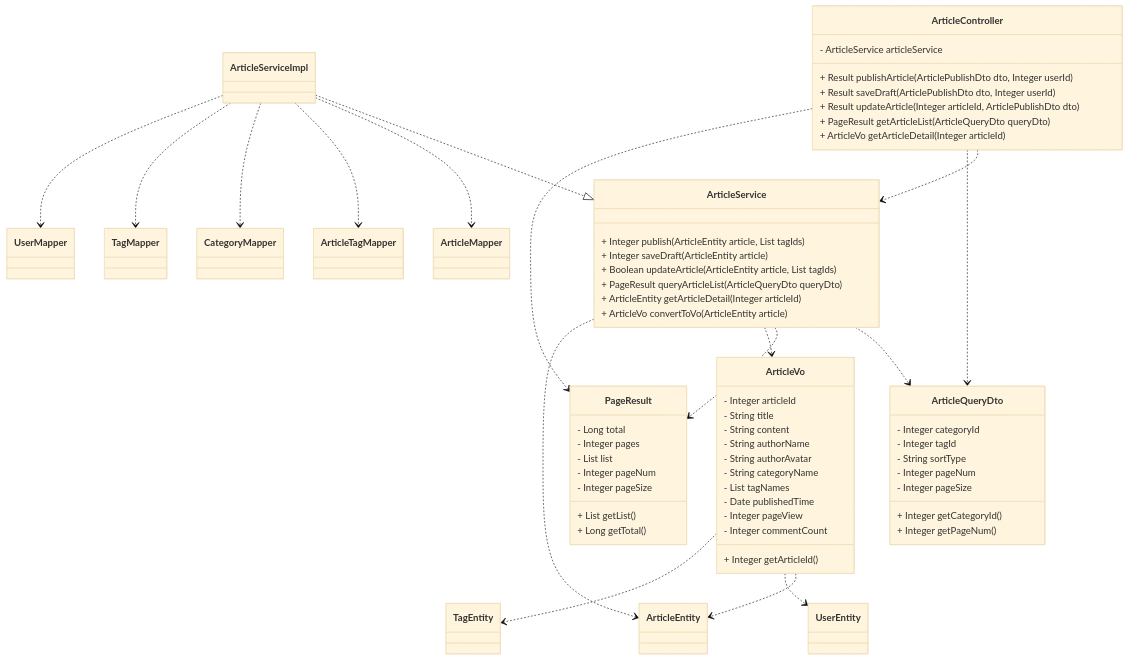
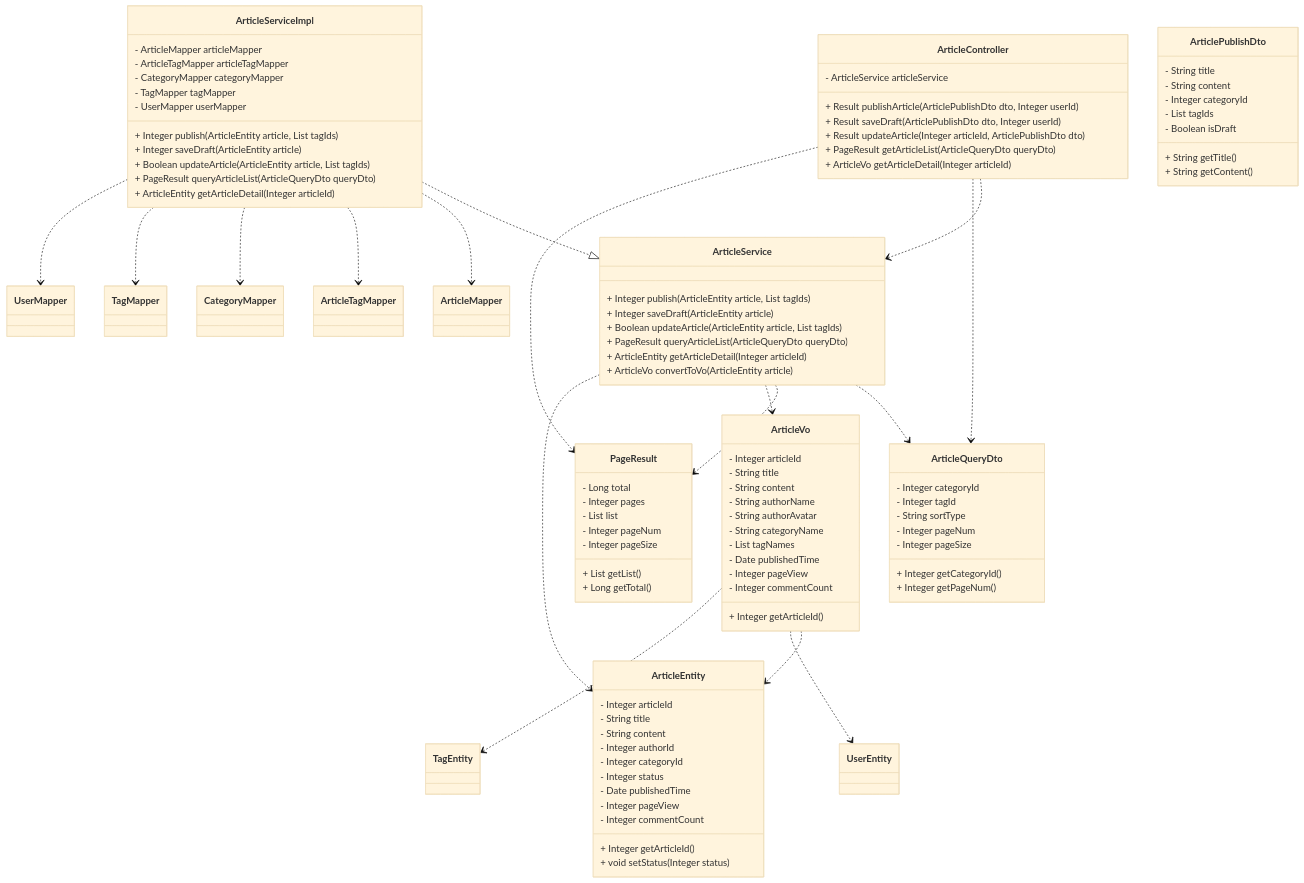
One commit to DEbalanceUX/iodraw-files changed the diagram in all/未命名-1.md. Above: the diagram before and after it, drawn with Mermaid (base theme).

Commit message:
2025-12-11 11:34:47 update

````diff
--- a/all/未命名-1.md
+++ b/all/未命名-1.md
@@ -72,6 +72,44 @@
         + ArticleEntity getArticleDetail(Integer articleId)
         + ArticleVo convertToVo(ArticleEntity article)
     }
+    %% 服务实现类（整合所有文章相关业务实现）
+    class ArticleServiceImpl {
+        - ArticleMapper articleMapper
+        - ArticleTagMapper articleTagMapper
+        - CategoryMapper categoryMapper
+        - TagMapper tagMapper
+        - UserMapper userMapper
+        + Integer publish(ArticleEntity article, List<Integer> tagIds)
+        + Integer saveDraft(ArticleEntity article)
+        + Boolean updateArticle(ArticleEntity article, List<Integer> tagIds)
+        + PageResult<ArticleEntity> queryArticleList(ArticleQueryDto queryDto)
+        + ArticleEntity getArticleDetail(Integer articleId)
+    }
+
+    %% 基础依赖类/接口（补充完整性）
+    class ArticleEntity {
+        - Integer articleId
+        - String title
+        - String content
+        - Integer authorId
+        - Integer categoryId
+        - Integer status
+        - Date publishedTime
+        - Integer pageView
+        - Integer commentCount
+        + Integer getArticleId()
+        + void setStatus(Integer status)
+    }
+
+    class ArticlePublishDto {
+        - String title
+        - String content
+        - Integer categoryId
+        - List<Integer> tagIds
+        - Boolean isDraft
+        + String getTitle()
+        + String getContent()
+    }
 
 
 ```
````
